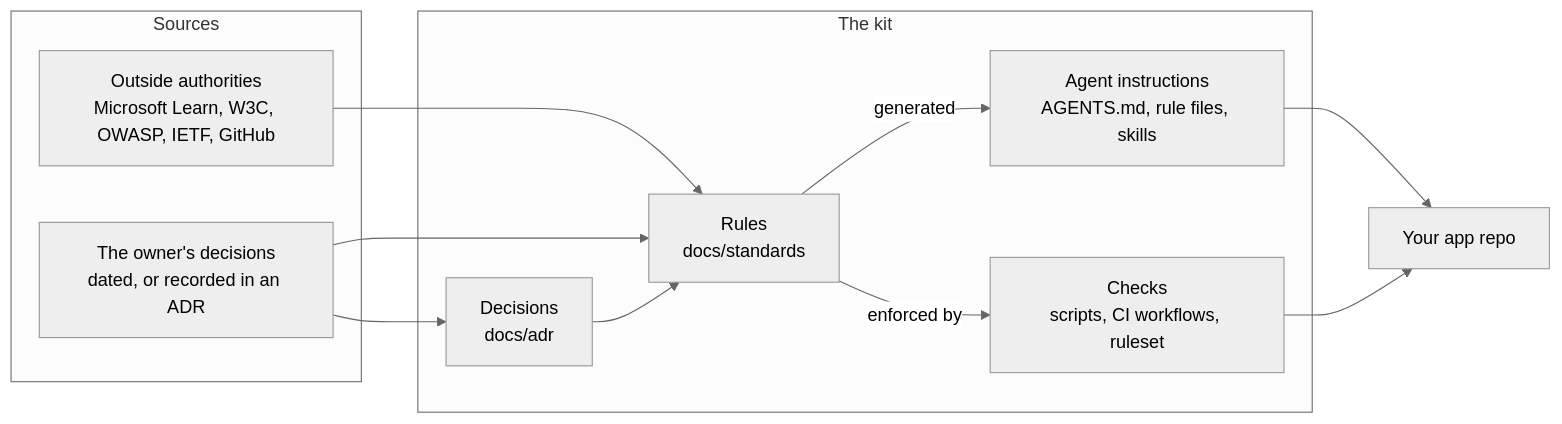
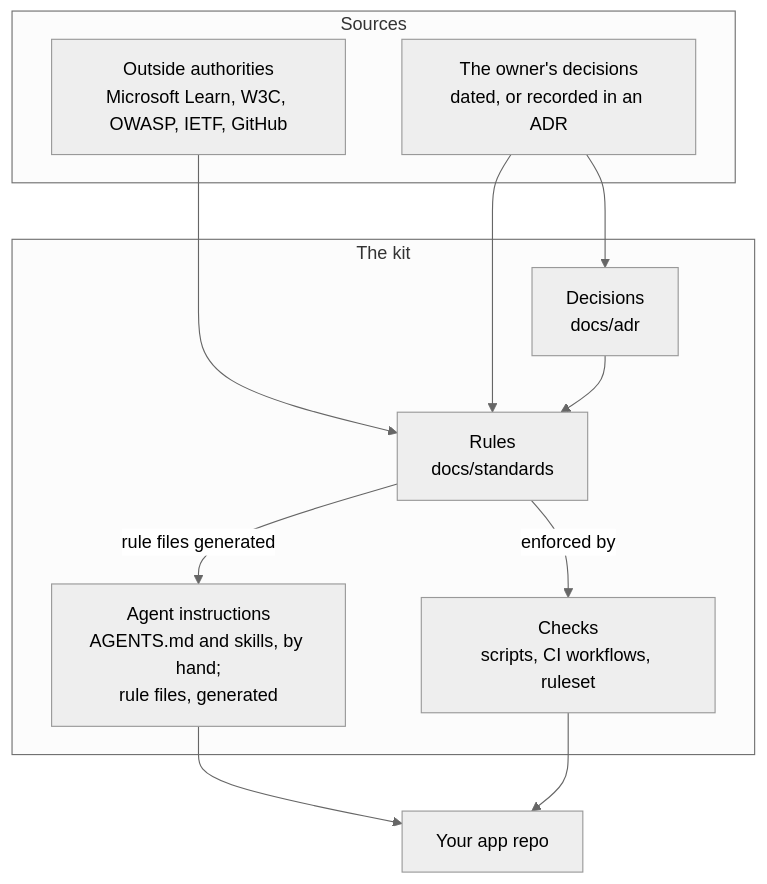
One commit to DerekFoulk/dotnet-agent-kit changed the first of 5 diagrams in README.md. Above: the diagram before and after it, drawn with Mermaid (neutral theme). The commit also changed other lines of this file and 5 other files, not shown here.

First line of the commit message:
docs: answer the docs review: honest status, the true flows, terms explained

````diff
--- a/README.md
+++ b/README.md
@@ -19,23 +19,23 @@
 ```mermaid
-flowchart LR
+flowchart TB
     accTitle: What the kit is made of
-    accDescr: Outside authorities and the owner's decisions are the sources. They feed the rules in docs/standards and the ADRs. The rules are generated into agent instructions and are enforced by checks on your machine, in CI and on GitHub. Both reach your app repo, which the kit creates and keeps current.
+    accDescr: Outside authorities and the owner's decisions are the sources. They feed the rules in docs/standards and the ADRs. Rule files for the agents are generated from the rules, beside the hand-written AGENTS.md and skills, and the rules are enforced by checks on your machine, in CI and on GitHub. Both reach your app repo, which the kit creates and keeps current.
     subgraph Sources
         AU["Outside authorities<br/>Microsoft Learn, W3C, OWASP, IETF, GitHub"]
         OW["The owner's decisions<br/>dated, or recorded in an ADR"]
     end
     subgraph Kit["The kit"]
         RU["Rules<br/>docs/standards"]
         AD["Decisions<br/>docs/adr"]
-        IN["Agent instructions<br/>AGENTS.md, rule files, skills"]
+        IN["Agent instructions<br/>AGENTS.md and skills, by hand;<br/>rule files, generated"]
         CH["Checks<br/>scripts, CI workflows, ruleset"]
     end
     AU --> RU
     OW --> RU
     OW --> AD
     AD --> RU
-    RU -- generated --> IN
-    RU -- enforced by --> CH
+    RU -- "rule files generated" --> IN
+    RU -- "enforced by" --> CH
     IN --> APP["Your app repo"]
     CH --> APP
 ```
````
